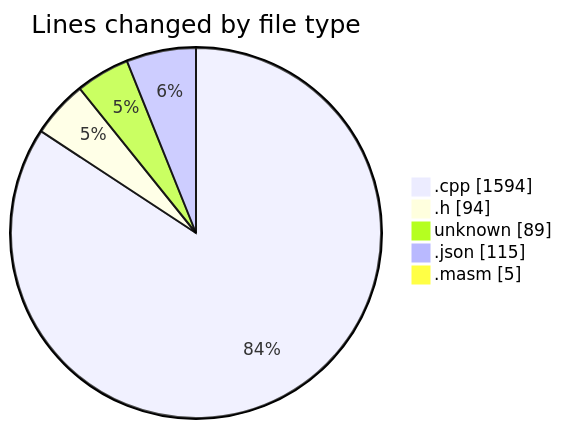
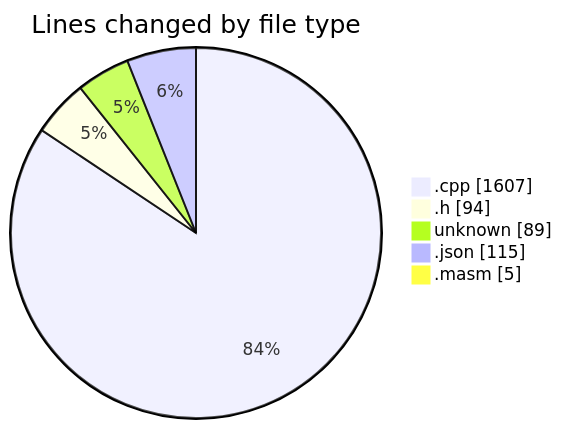
Before and after one commit to charlie-sans/code-tracking: the first of 2 diagrams in 2025-04-29/c-masm/README.md, drawn with Mermaid. The commit also changed other lines of this file and 1 other file, not shown here.

````diff
--- a/2025-04-29/c-masm/README.md
+++ b/2025-04-29/c-masm/README.md
@@ -24,9 +24,9 @@
 ```mermaid
 pie showData
 title Lines changed by file type
-".cpp" : 1594
+".cpp" : 1607
 ".h" : 94
 "unknown" : 89
 ".json" : 115
 ".masm" : 5
 ```
````
